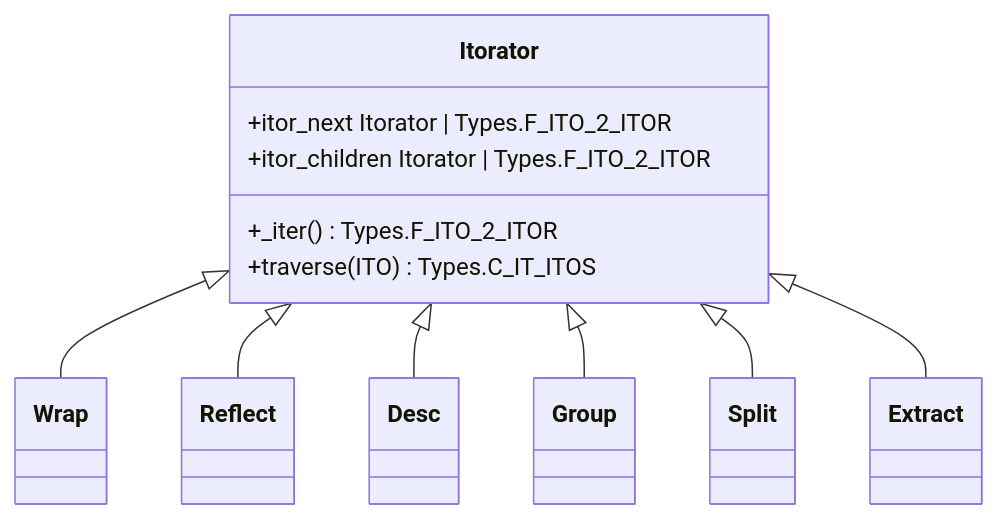
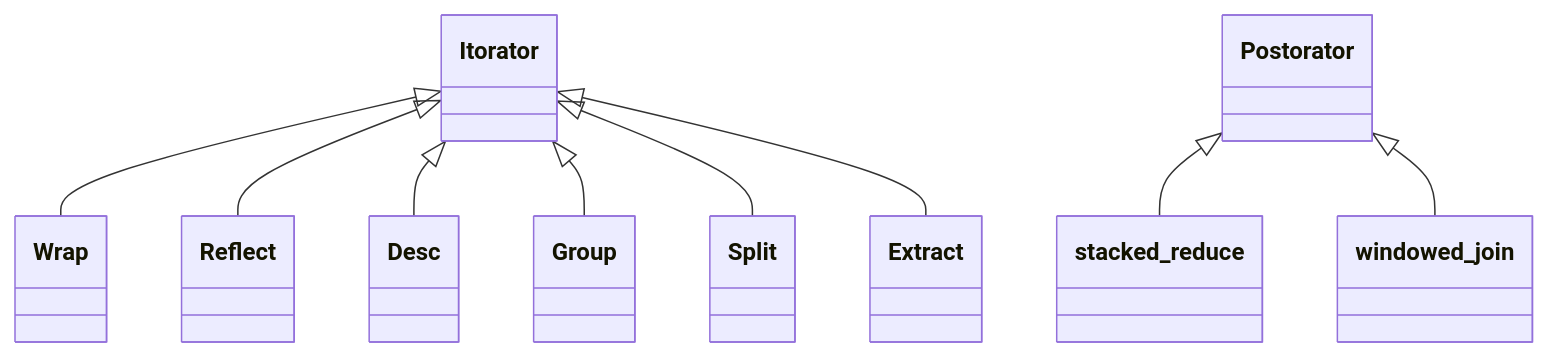
One commit to rlayers/pawpaw changed the third of 3 diagrams in docs/3. Arborform.md. Above: the diagram before and after it, drawn with Mermaid. The commit also changed other lines of this file, not shown here.

````diff
--- a/docs/3. Arborform.md
+++ b/docs/3. Arborform.md
@@ -33,13 +136,12 @@
 ```mermaid
 classDiagram
     Itorator <|-- Wrap
     Itorator <|-- Reflect
     Itorator <|-- Desc
     Itorator <|-- Group
     Itorator <|-- Split
     Itorator <|-- Extract
-    Itorator : +itor_next Itorator | Types.F_ITO_2_ITOR
-    Itorator : +itor_children Itorator | Types.F_ITO_2_ITOR
-    Itorator: +_iter() Types.F_ITO_2_ITOR
-    Itorator: +traverse(ITO) Types.C_IT_ITOS
+
+    Postorator <|-- stacked_reduce
+    Postorator <|-- windowed_join
 ```
````
